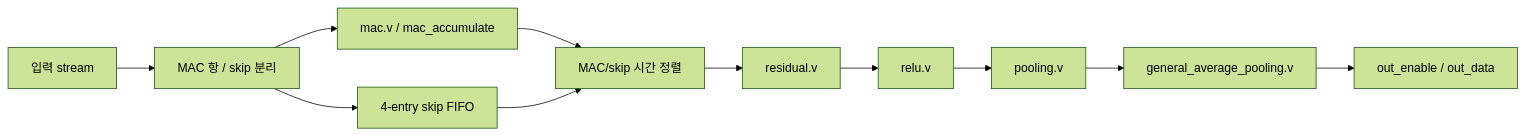
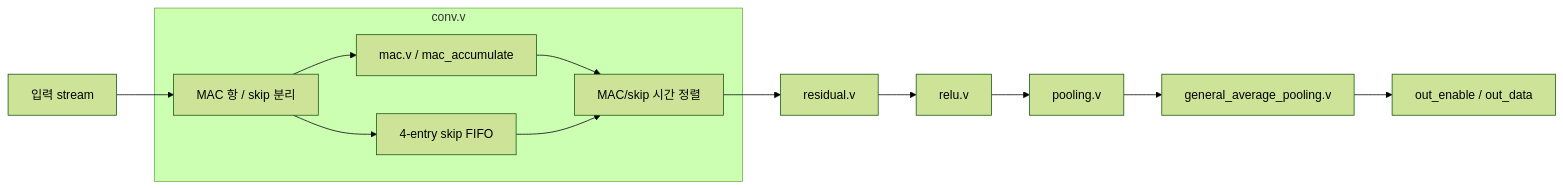
Before and after one commit to CGM72/resnet20-core-rtl: the diagram in docs/architecture.md, drawn with Mermaid (forest theme). The commit also changed other lines of this file and 12 other files, not shown here.

Commit message:
Release 1.2.2: extract convolution stream into conv.v

````diff
--- a/docs/architecture.md
+++ b/docs/architecture.md
@@ -9,13 +9,16 @@
 ```mermaid
 flowchart LR
-    IN[입력 stream] --> SPLIT[MAC 항 / skip 분리]
+    IN[입력 stream] --> SPLIT
+    subgraph CONV[conv.v]
+    SPLIT[MAC 항 / skip 분리]
     SPLIT --> M[mac.v / mac_accumulate]
     SPLIT --> S[4-entry skip FIFO]
     M --> A[MAC/skip 시간 정렬]
     S --> A
+    end
     A --> R[residual.v]
     R --> L[relu.v]
     L --> P[pooling.v]
     P --> G[general_average_pooling.v]
     G --> OUT[out_enable / out_data]
 ```
````
